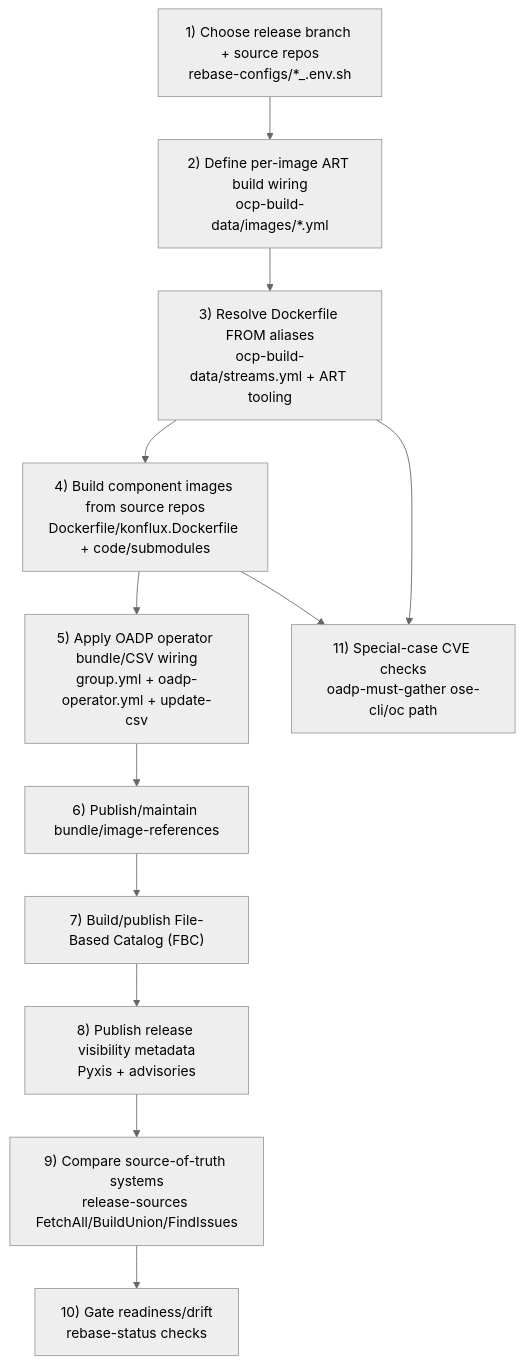
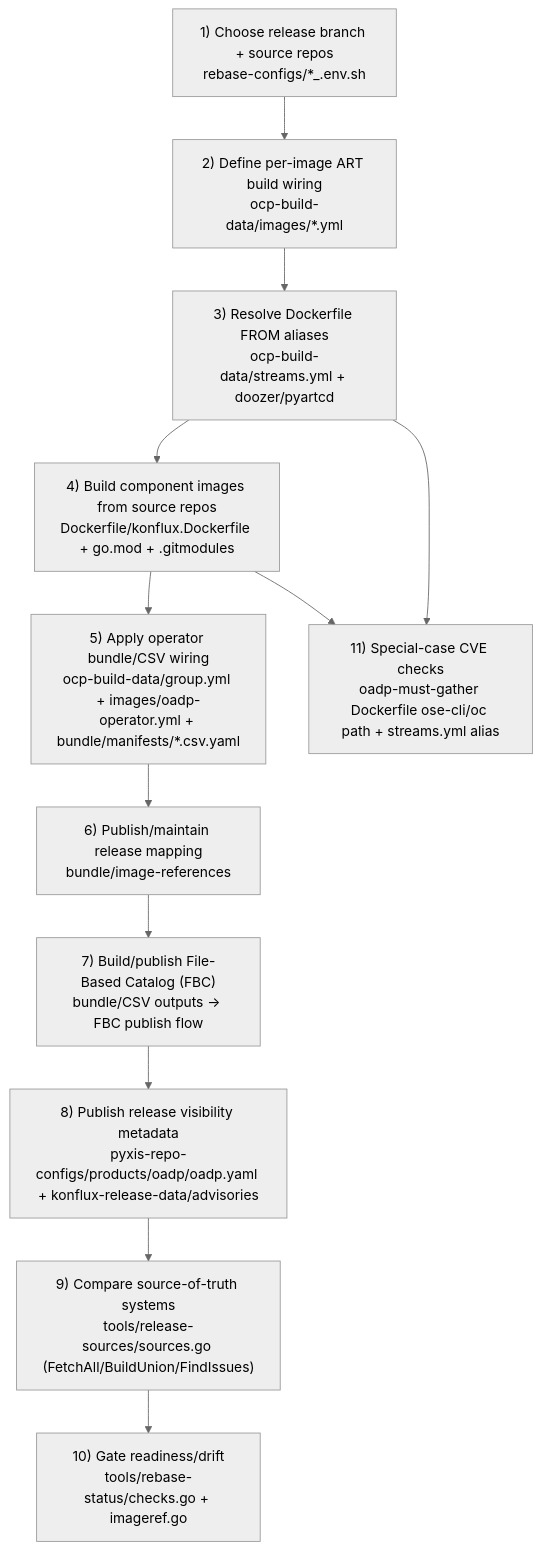
The fourth of 7 diagrams in tools/release-sources/diagram.md (oadp-rebasebot/oadp-rebase), drawn with Mermaid (neutral theme) before and after one commit.

Commit message:
docs: standardize walkthrough diagram node labels
Agent-Logs-Url: https://github.com/oadp-rebasebot/oadp-rebase/sessions/f4b2642d-38d5-462a-8a59-46fe57a2cfde

````diff
--- a/tools/release-sources/diagram.md
+++ b/tools/release-sources/diagram.md
@@ -109,18 +109,18 @@
 ```mermaid
 flowchart TB
     S1["1) Choose release branch + source repos<br/>rebase-configs/*_<branch>.env.sh"]
     S2["2) Define per-image ART build wiring<br/>ocp-build-data/images/*.yml"]
-    S3["3) Resolve Dockerfile FROM aliases<br/>ocp-build-data/streams.yml + ART tooling"]
-    S4["4) Build component images from source repos<br/>Dockerfile/konflux.Dockerfile + code/submodules"]
-    S5["5) Apply OADP operator bundle/CSV wiring<br/>group.yml + oadp-operator.yml + update-csv"]
-    S6["6) Publish/maintain bundle/image-references"]
-    S7["7) Build/publish File-Based Catalog (FBC)"]
-    S8["8) Publish release visibility metadata<br/>Pyxis + advisories"]
-    S9["9) Compare source-of-truth systems<br/>release-sources FetchAll/BuildUnion/FindIssues"]
-    S10["10) Gate readiness/drift<br/>rebase-status checks"]
-    S11["11) Special-case CVE checks<br/>oadp-must-gather ose-cli/oc path"]
+    S3["3) Resolve Dockerfile FROM aliases<br/>ocp-build-data/streams.yml + doozer/pyartcd"]
+    S4["4) Build component images from source repos<br/>Dockerfile/konflux.Dockerfile + go.mod + .gitmodules"]
+    S5["5) Apply operator bundle/CSV wiring<br/>ocp-build-data/group.yml + images/oadp-operator.yml + bundle/manifests/*.csv.yaml"]
+    S6["6) Publish/maintain release mapping<br/>bundle/image-references"]
+    S7["7) Build/publish File-Based Catalog (FBC)<br/>bundle/CSV outputs -> FBC publish flow"]
+    S8["8) Publish release visibility metadata<br/>pyxis-repo-configs/products/oadp/oadp.yaml + konflux-release-data/advisories"]
+    S9["9) Compare source-of-truth systems<br/>tools/release-sources/sources.go (FetchAll/BuildUnion/FindIssues)"]
+    S10["10) Gate readiness/drift<br/>tools/rebase-status/checks.go + imageref.go"]
+    S11["11) Special-case CVE checks<br/>oadp-must-gather Dockerfile ose-cli/oc path + streams.yml alias"]
 
     S1 --> S2 --> S3 --> S4 --> S5 --> S6 --> S7 --> S8 --> S9 --> S10
     S3 --> S11
     S4 --> S11
 ```
````
